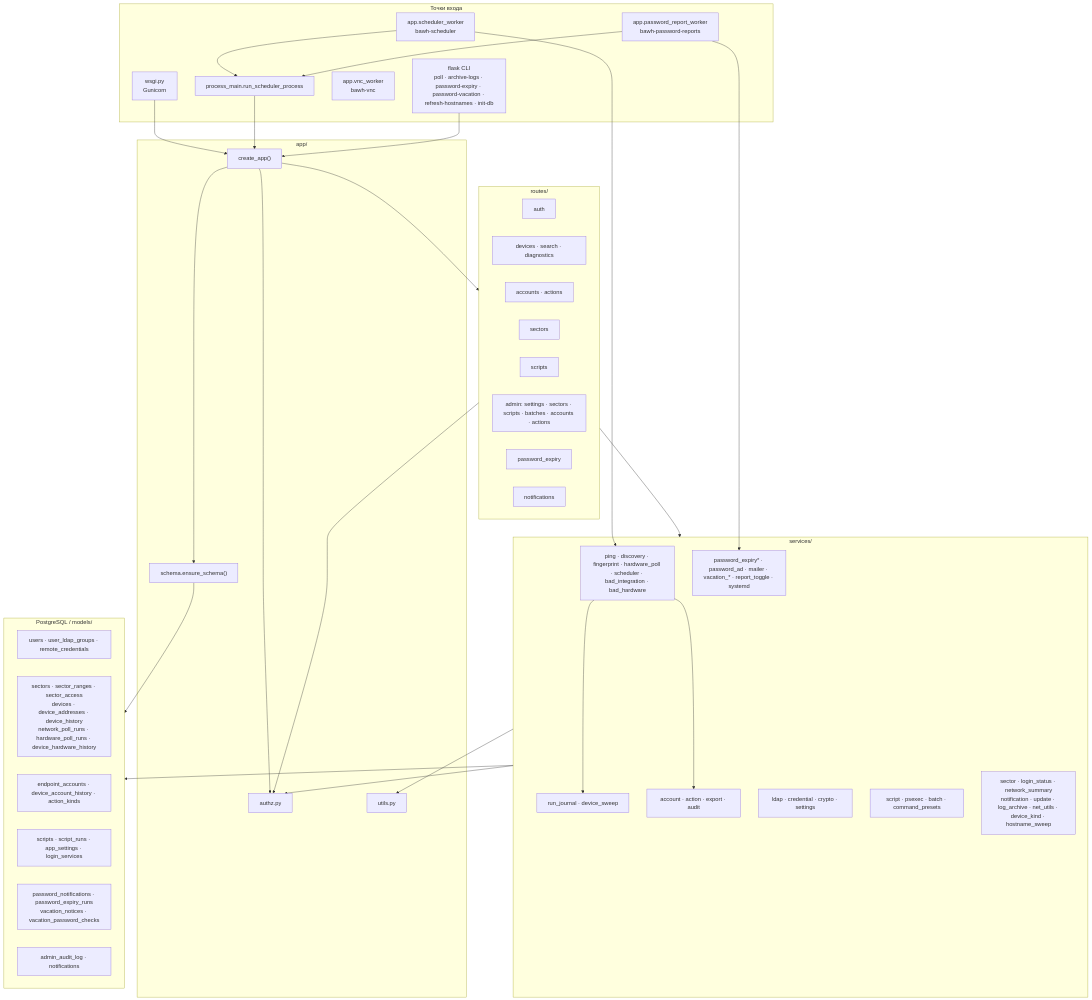
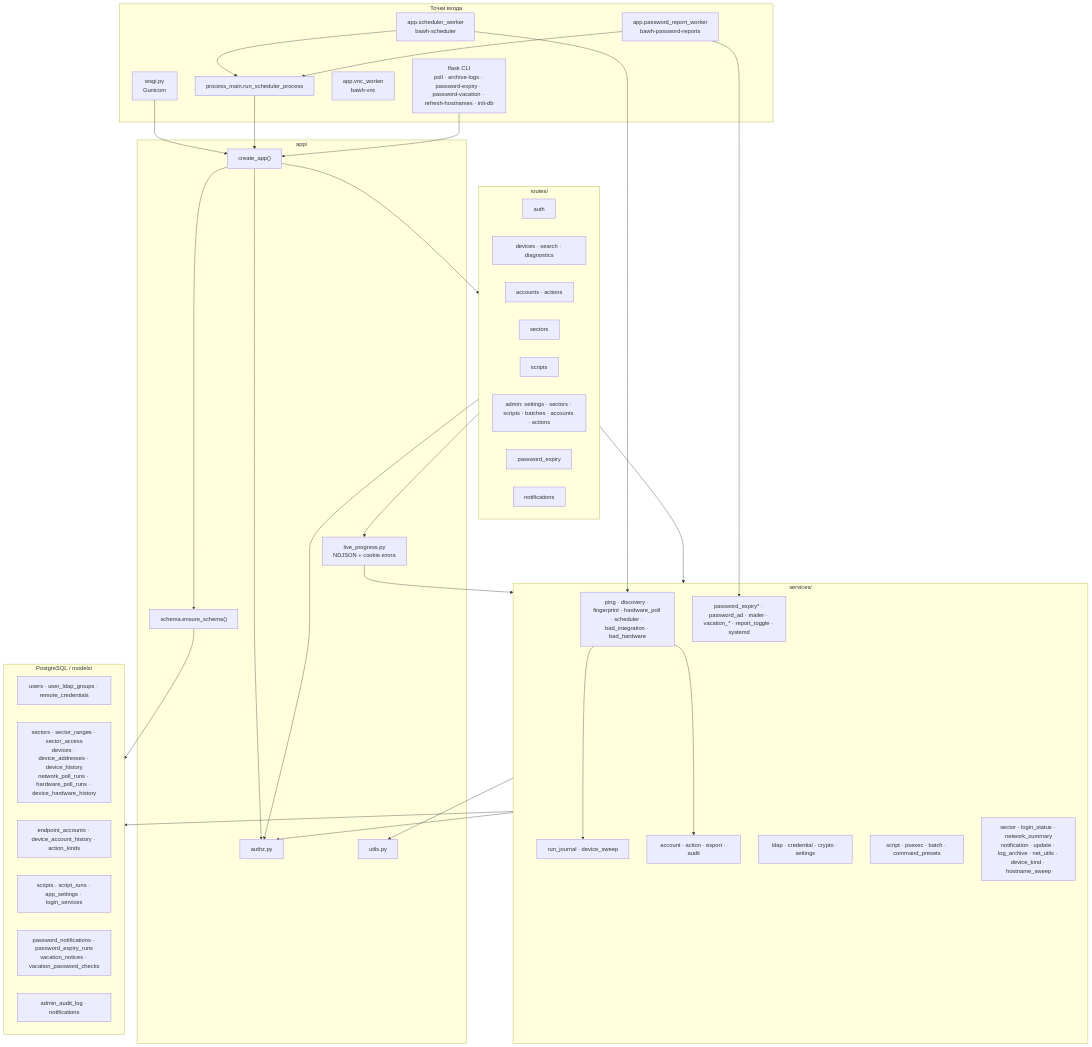
The first of 4 diagrams in docs/ARCHITECTURE.md (blazerity/admin-webhelper), drawn with Mermaid before and after one commit. The commit also changed other lines of this file, not shown here.

````diff
--- a/docs/ARCHITECTURE.md
+++ b/docs/ARCHITECTURE.md
@@ -121,67 +122,70 @@
 ```mermaid
 flowchart TB
   subgraph entry["Точки входа"]
     WSGI["wsgi.py<br/>Gunicorn"]
     LOOP["process_main.run_scheduler_process"]
     SCHED["app.scheduler_worker<br/>bawh-scheduler"]
     PWD_W["app.password_report_worker<br/>bawh-password-reports"]
     VNC["app.vnc_worker<br/>bawh-vnc"]
     CLI["flask CLI<br/>poll · archive-logs · password-expiry · password-vacation · refresh-hostnames · init-db"]
   end
 
   subgraph app_core["app/"]
     CREATE["create_app()"]
     SCHEMA["schema.ensure_schema()"]
     AUTH["authz.py"]
+    LIVE["live_progress.py<br/>NDJSON + cookie итога"]
     UTILS["utils.py"]
   end
 
   subgraph http["routes/"]
     R_AUTH["auth"]
     R_DEV["devices · search · diagnostics"]
     R_ACC["accounts · actions"]
     R_SEC["sectors"]
     R_SCR["scripts"]
     R_ADM["admin: settings · sectors · scripts · batches · accounts · actions"]
     R_PWD["password_expiry"]
     R_NTF["notifications"]
   end
 
   subgraph services["services/"]
     S_POLL["ping · discovery · fingerprint · hardware_poll · scheduler · bad_integration · bad_hardware"]
     S_SHARE["run_journal · device_sweep"]
     S_ACC["account · action · export · audit"]
     S_ID["ldap · credential · crypto · settings"]
     S_RUN["script · psexec · batch · command_presets"]
     S_PWD["password_expiry* · password_ad · mailer · vacation_* · report_toggle · systemd"]
     S_OTH["sector · login_status · network_summary<br/>notification · update · log_archive · net_utils · device_kind · hostname_sweep"]
   end
 
   subgraph data["PostgreSQL / models/"]
     M_USER["users · user_ldap_groups · remote_credentials"]
     M_NET["sectors · sector_ranges · sector_access<br/>devices · device_addresses · device_history<br/>network_poll_runs · hardware_poll_runs · device_hardware_history"]
     M_ACC["endpoint_accounts · device_account_history · action_kinds"]
     M_SCR["scripts · script_runs · app_settings · login_services"]
     M_PWD["password_notifications · password_expiry_runs<br/>vacation_notices · vacation_password_checks"]
     M_NTF["admin_audit_log · notifications"]
   end
 
   WSGI --> CREATE
   SCHED --> LOOP
   PWD_W --> LOOP
   LOOP --> CREATE
   CLI --> CREATE
   CREATE --> SCHEMA
   CREATE --> http
   CREATE --> AUTH
+  http --> LIVE
+  LIVE --> services
   http --> services
   http --> AUTH
   SCHED --> S_POLL
   PWD_W --> S_PWD
   S_POLL --> S_SHARE
   services --> data
   services --> AUTH
   services --> UTILS
   S_POLL --> S_ACC
   SCHEMA --> data
 ```
````
